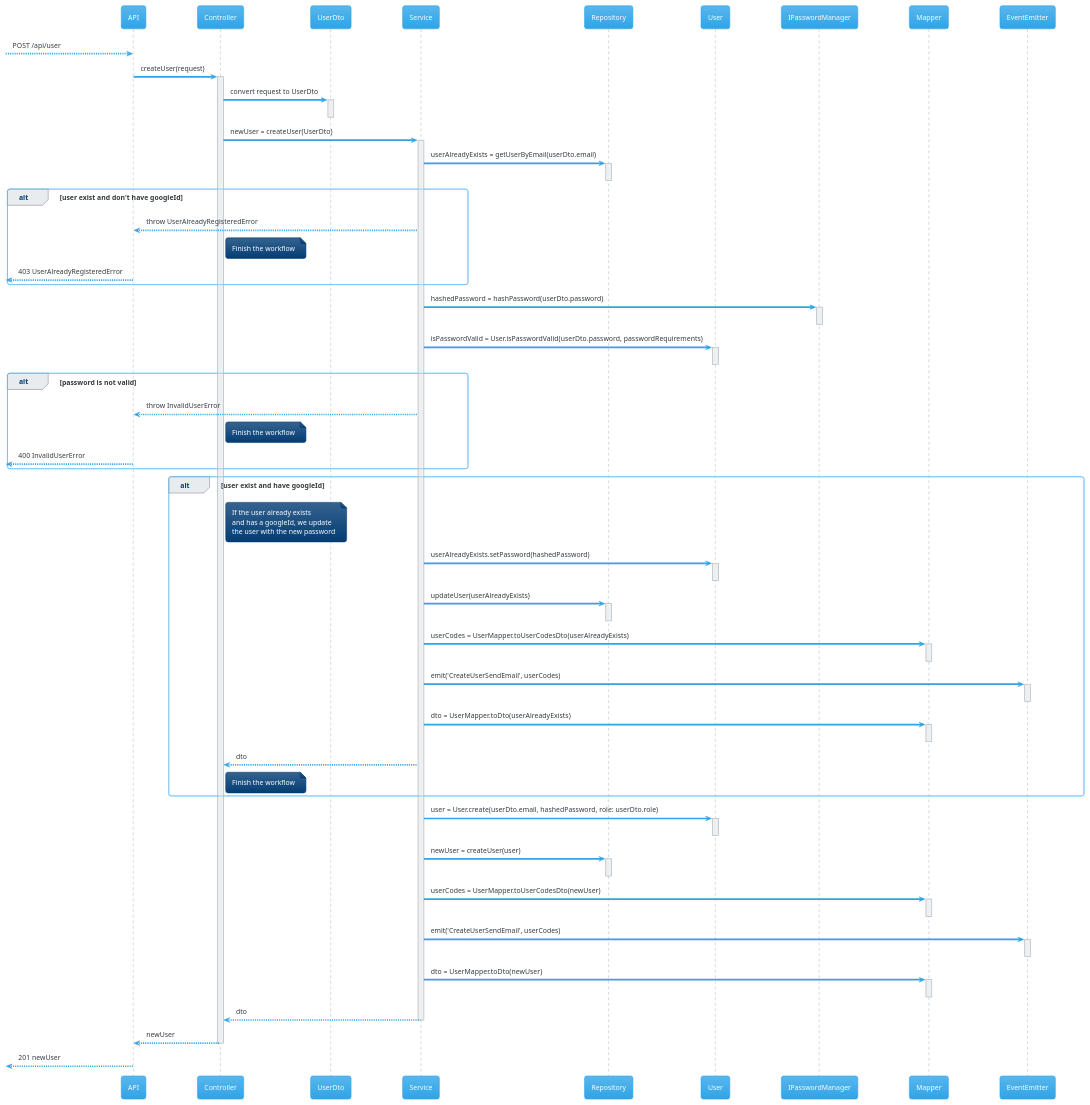
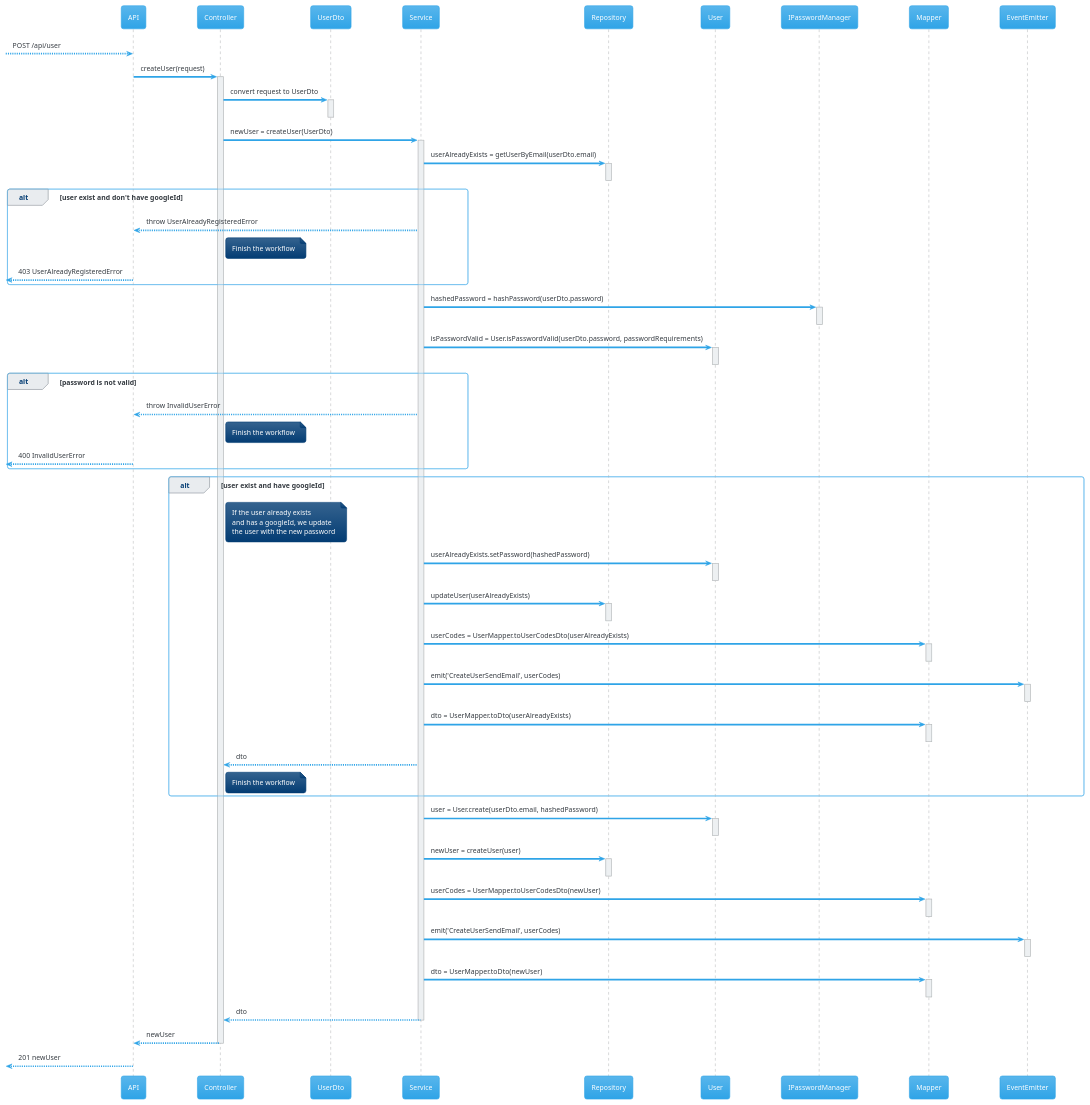
The diagram in docs/authentication/signup/signup.sd.puml (ArturBrito/auth), drawn with PlantUML before and after one commit. The commit also changed 21 other files, not shown here.

```diff
--- a/docs/authentication/signup/signup.sd.puml
+++ b/docs/authentication/signup/signup.sd.puml
@@ -1,98 +1,98 @@
 @startuml
 !theme cerulean
 participant "API" as API
 participant "Controller" as Ctrl
 participant "UserDto" as Dto
 participant "Service" as Service
 participant "Repository" as Repo
 participant "User" as User
 participant "IPasswordManager" as PassManager
 participant "Mapper" as Mapper
 participant "EventEmitter" as Emitter
 
 --> API: POST /api/user
 API -> Ctrl: createUser(request)
 activate Ctrl
 Ctrl -> Dto: convert request to UserDto
 activate Dto
 deactivate Dto
 Ctrl -> Service: newUser = createUser(UserDto)
 activate Service
 Service -> Repo: userAlreadyExists = getUserByEmail(userDto.email)
 activate Repo
 deactivate Repo
 alt user exist and don't have googleId
     Service --> API: throw UserAlreadyRegisteredError
     note right of Ctrl
         Finish the workflow
     end note
     <-- API: 403 UserAlreadyRegisteredError
 end
 Service -> PassManager: hashedPassword = hashPassword(userDto.password)
 activate PassManager
 deactivate PassManager
 
 Service -> User: isPasswordValid = User.isPasswordValid(userDto.password, passwordRequirements)
 activate User
 deactivate User
 
 alt password is not valid
     Service --> API: throw InvalidUserError
     note right of Ctrl
         Finish the workflow
     end note
     <-- API: 400 InvalidUserError
 end
 
 alt user exist and have googleId
     note right of Ctrl
         If the user already exists
         and has a googleId, we update
         the user with the new password
     end note
 
     Service -> User: userAlreadyExists.setPassword(hashedPassword)
     activate User
     deactivate User
     Service -> Repo: updateUser(userAlreadyExists)
     activate Repo
     deactivate Repo
     Service -> Mapper: userCodes = UserMapper.toUserCodesDto(userAlreadyExists)
     activate Mapper
     deactivate Mapper
     Service -> Emitter: emit('CreateUserSendEmail', userCodes)
     activate Emitter
     deactivate Emitter
     Service -> Mapper: dto = UserMapper.toDto(userAlreadyExists)
     activate Mapper
     deactivate Mapper
     Service --> Ctrl: dto
     note right of Ctrl
         Finish the workflow
     end note
 end
 
-Service -> User: user = User.create(userDto.email, hashedPassword, role: userDto.role)
+Service -> User: user = User.create(userDto.email, hashedPassword)
 activate User
 deactivate User
 Service -> Repo: newUser = createUser(user)
 activate Repo
 deactivate Repo
 Service -> Mapper: userCodes = UserMapper.toUserCodesDto(newUser)
 activate Mapper
 deactivate Mapper
 Service -> Emitter: emit('CreateUserSendEmail', userCodes)
 activate Emitter
 deactivate Emitter
 Service -> Mapper: dto = UserMapper.toDto(newUser)
 activate Mapper
 deactivate Mapper
 Service --> Ctrl: dto
 deactivate Service
 Ctrl --> API: newUser
 deactivate Ctrl
 <-- API : 201 newUser
 
 
 
 @enduml
```
